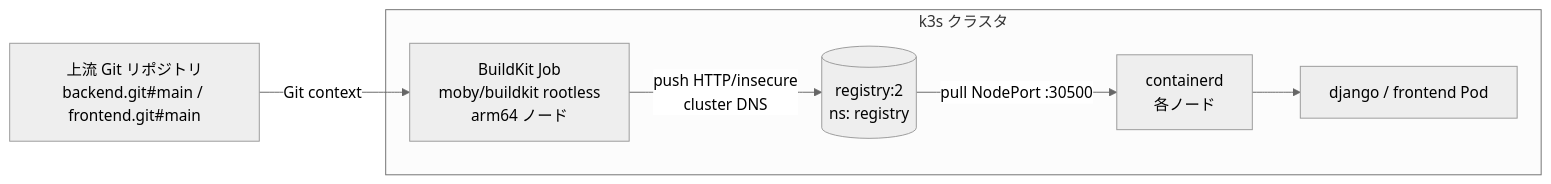
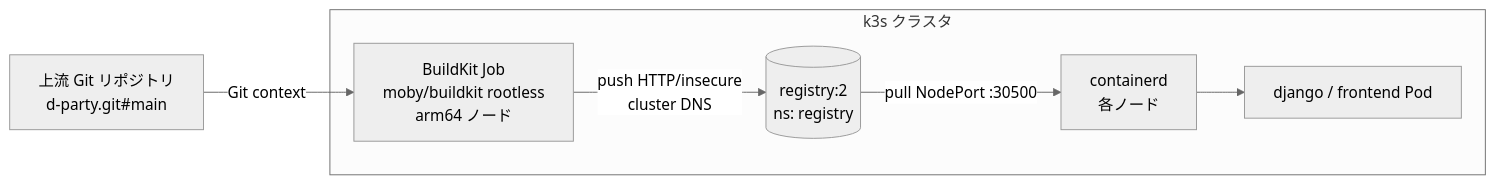
Before and after one commit to d-party/d-party: the fourth of 5 diagrams in infra/README.md, drawn with Mermaid (neutral theme). The commit also changed other lines of this file and 6 other files, not shown here.

Commit message:
docs(infra): README とコメントを chart の実態に合わせる (#172)

````diff
--- a/infra/README.md
+++ b/infra/README.md
@@ -194,9 +197,9 @@
 ```mermaid
 flowchart LR
     subgraph cluster[k3s クラスタ]
         BK[BuildKit Job<br/>moby/buildkit rootless<br/>arm64 ノード] -->|push HTTP/insecure<br/>cluster DNS| REG[(registry:2<br/>ns: registry)]
         REG -->|pull NodePort :30500| CRI[containerd<br/>各ノード]
         CRI --> WL[django / frontend Pod]
     end
-    GIT[上流 Git リポジトリ<br/>backend.git#main / frontend.git#main] -->|Git context| BK
+    GIT[上流 Git リポジトリ<br/>d-party.git#main] -->|Git context| BK
 ```
````
